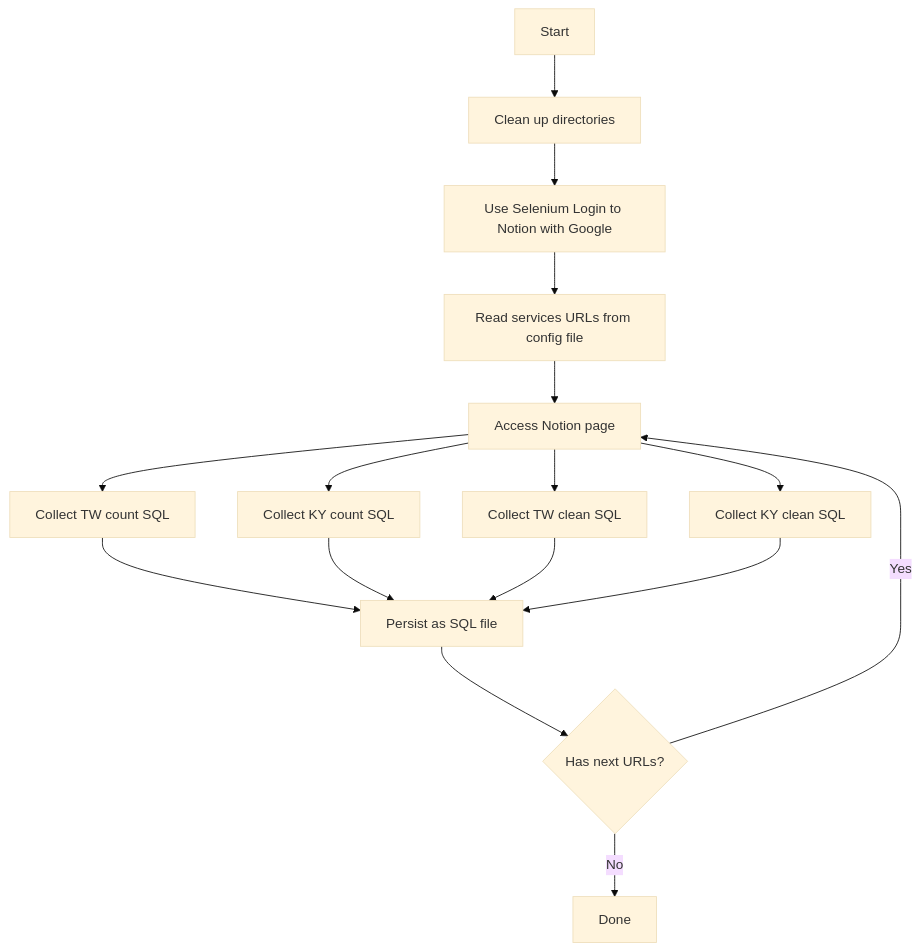
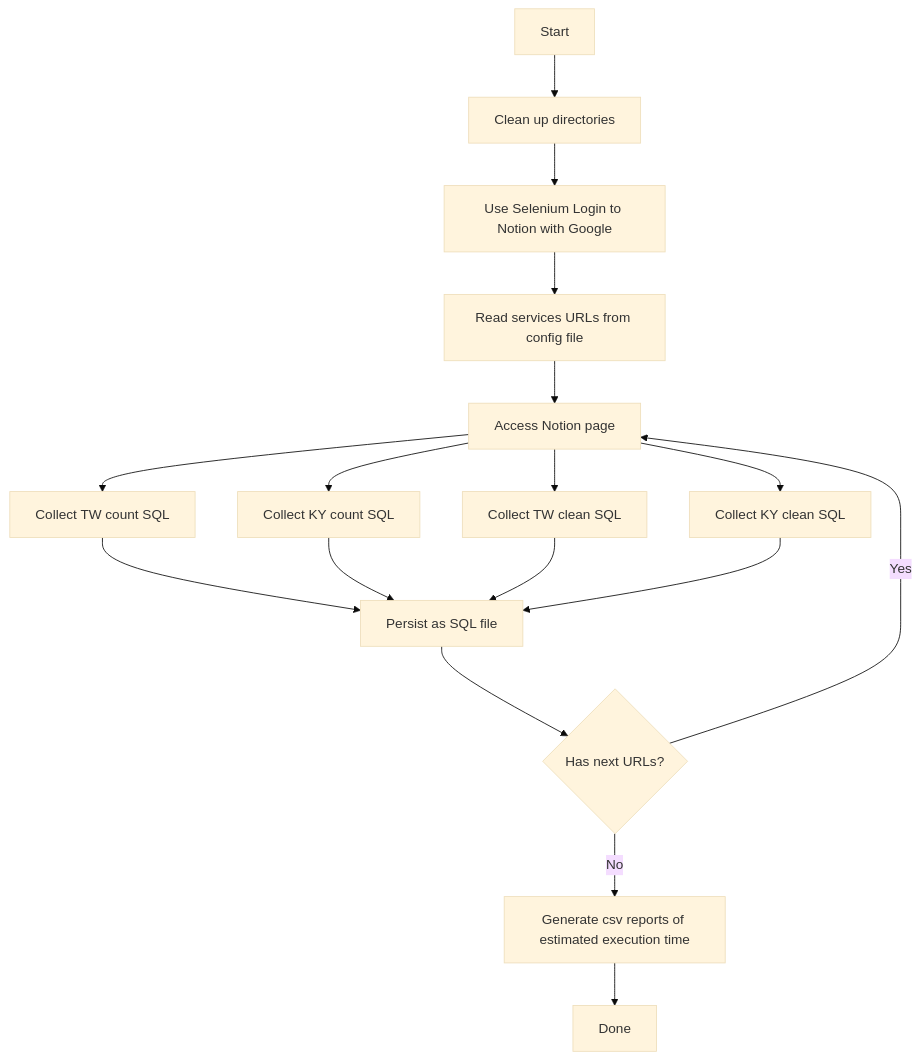
The first of 2 diagrams in README.md (francis-xrex/notion-scraper), drawn with Mermaid (base theme) before and after one commit. The commit also changed other lines of this file, not shown here.

````diff
--- a/README.md
+++ b/README.md
@@ -84,22 +84,23 @@
 ```mermaid
 flowchart TD
     A[Start] --> B[Clean up directories]
     B --> E[Use Selenium Login to Notion with Google]
     E --> F[Read services URLs from config file]
     F --> O[Access Notion page]
     
     O --> Q[Collect TW count SQL]
     O --> R[Collect KY count SQL]
     O --> S[Collect TW clean SQL]
     O --> T[Collect KY clean SQL]
     
     Q --> Z
     R --> Z
     S --> Z
     T --> Z[Persist as SQL file]
     
     Z --> V{Has next URLs?}
     
     V --> |Yes|O
-    V --> |No|G[Done]
+    V --> |No|FF[Generate csv reports of estimated execution time]
+    FF --> G[Done]
 ```
````
